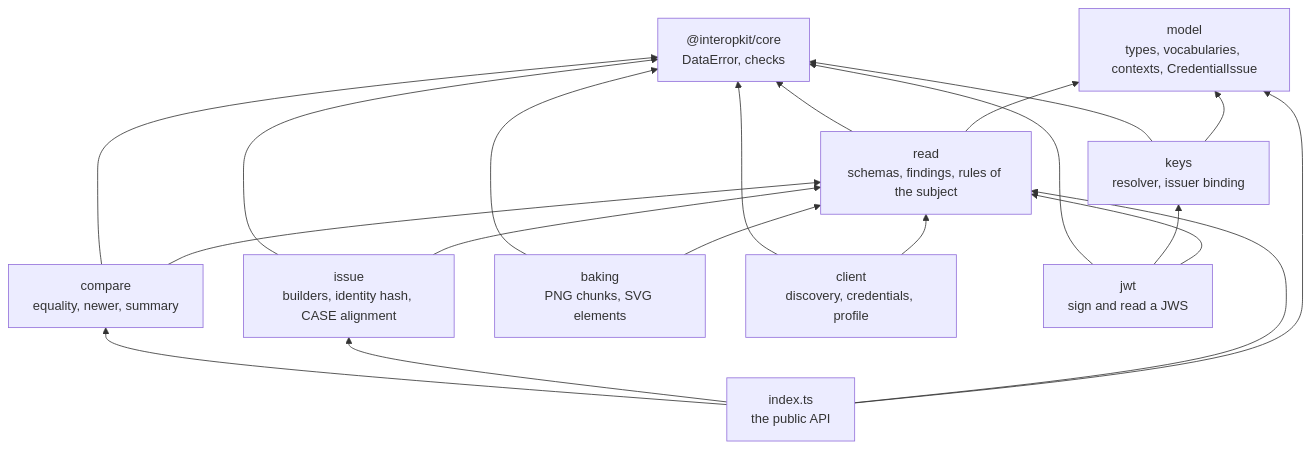
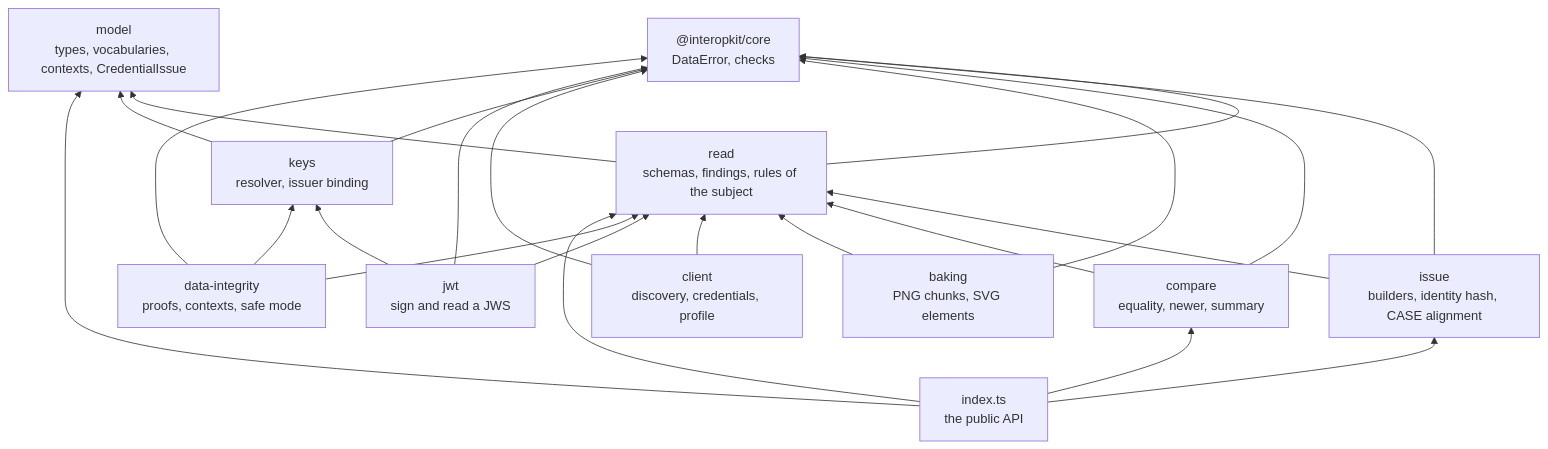
Before and after one commit to interopkit/interopkit: the first of 2 diagrams in docs/achievement-credentials/architecture.md, drawn with Mermaid. The commit also changed other lines of this file and 53 other files, not shown here.

First line of the commit message:
Add Data Integrity proofs to achievement-credentials: signing, disclosure, verification bound to the issuer, safe mode, and contexts only at their pins

````diff
--- a/docs/achievement-credentials/architecture.md
+++ b/docs/achievement-credentials/architecture.md
@@ -11,32 +12,36 @@
 ```mermaid
 flowchart BT
   core["@interopkit/core<br/>DataError, checks"]
   model["model<br/>types, vocabularies, contexts, CredentialIssue"]
   read["read<br/>schemas, findings, rules of the subject"]
   issue["issue<br/>builders, identity hash, CASE alignment"]
   compare["compare<br/>equality, newer, summary"]
   baking["baking<br/>PNG chunks, SVG elements"]
   client["client<br/>discovery, credentials, profile"]
   keys["keys<br/>resolver, issuer binding"]
   jwt["jwt<br/>sign and read a JWS"]
+  di["data-integrity<br/>proofs, contexts, safe mode"]
   root["index.ts<br/>the public API"]
   read --> model
   read --> core
   issue --> read
   issue --> core
   compare --> read
   compare --> core
   baking --> read
   baking --> core
   client --> read
   client --> core
   keys --> model
   keys --> core
   jwt --> read
   jwt --> keys
   jwt --> core
+  di --> read
+  di --> keys
+  di --> core
   root --> model
   root --> read
   root --> issue
   root --> compare
 ```
````
